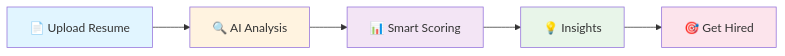
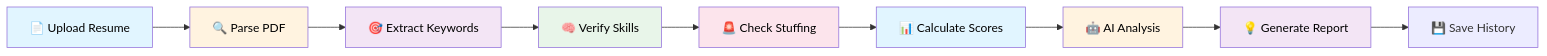
One commit to raahul-kr/PassTheATS changed the diagram in README.md. Above: the diagram before and after it, drawn with Mermaid. The commit also changed other lines of this file, not shown here.

````diff
--- a/README.md
+++ b/README.md
@@ -122,13 +353,20 @@
 ```mermaid
 graph LR
-    A[📄 Upload Resume] --> B[🔍 AI Analysis]
-    B --> C[📊 Smart Scoring]
-    C --> D[💡 Insights]
-    D --> E[🎯 Get Hired]
+    A[📄 Upload Resume] --> B[🔍 Parse PDF]
+    B --> C[🎯 Extract Keywords]
+    C --> D[🧠 Verify Skills]
+    D --> E[🚨 Check Stuffing]
+    E --> F[📊 Calculate Scores]
+    F --> G[🤖 AI Analysis]
+    G --> H[💡 Generate Report]
+    H --> I[💾 Save History]
     
-    style A fill:#e1f5ff
-    style B fill:#fff3e0
-    style C fill:#f3e5f5
-    style D fill:#e8f5e9
-    style E fill:#fce4ec
+    style A fill:#e1f5ff,color:#000
+    style B fill:#fff3e0,color:#000
+    style C fill:#f3e5f5,color:#000
+    style D fill:#e8f5e9,color:#000
+    style E fill:#fce4ec,color:#000
+    style F fill:#e1f5ff,color:#000
+    style G fill:#fff3e0,color:#000
+    style H fill:#f3e5f5,color:#000
 ```
````
